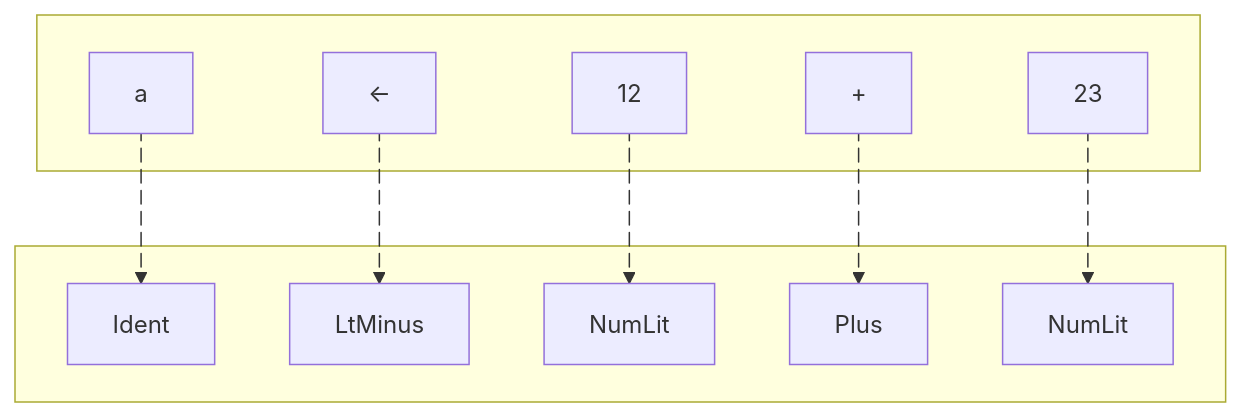
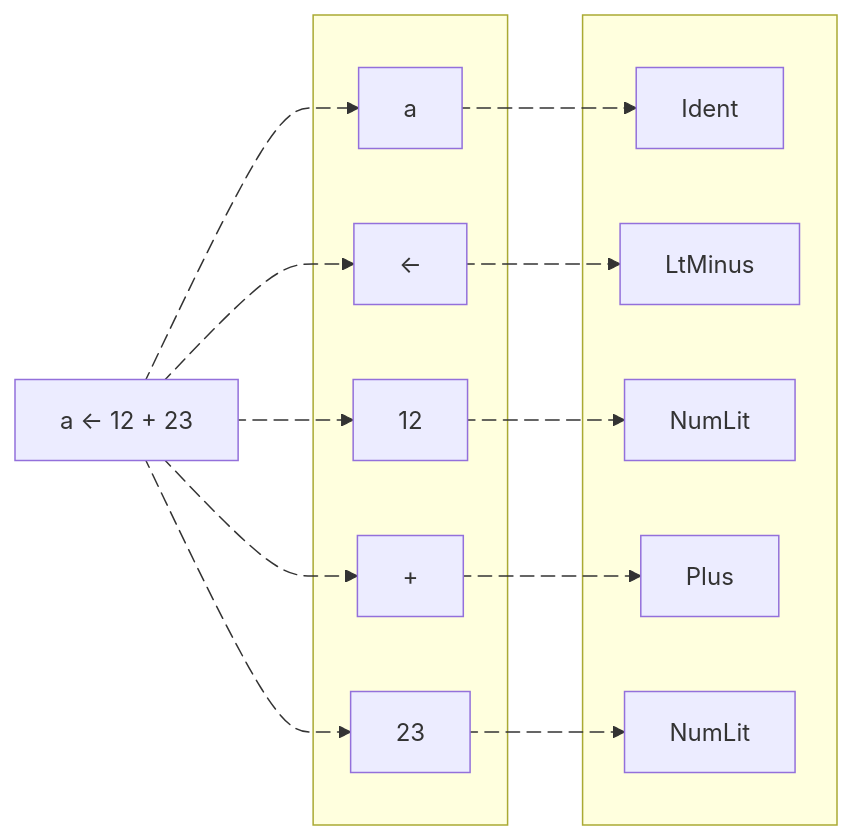
Before and after one commit to VimHax/Portfolio-V3: the second of 3 diagrams in app/routes/work/eelios/index.mdx, drawn with Mermaid. The commit also changed other lines of this file and 28 other files, not shown here.

````diff
--- a/app/routes/work/eelios/index.mdx
+++ b/app/routes/work/eelios/index.mdx
@@ -368,30 +367,44 @@
 ```mermaid
-flowchart TD
+flowchart LR
+
+  input[a <- 12 + 23]
+
   subgraph characters[" "]
   s1[a]
   s2[<-]
   s3[12]
   s4[+]
   s5[23]
   end
 
   subgraph tokens[" "]
   t1[Ident]
   t2[LtMinus]
   t3[NumLit]
   t4[Plus]
   t5[NumLit]
   end
   
-  s1 e1@--> t1
-  s2 e2@--> t2
-  s3 e3@--> t3
-  s4 e4@--> t4
-  s5 e5@--> t5
+  input e1@--> s1
+  input e2@--> s2
+  input e3@--> s3
+  input e4@--> s4
+  input e5@--> s5
+
+  s1 e6@--> t1
+  s2 e7@--> t2
+  s3 e8@--> t3
+  s4 e9@--> t4
+  s5 e10@--> t5
 
   e1@{ animate: true }
   e2@{ animate: true }
   e3@{ animate: true }
   e4@{ animate: true }
   e5@{ animate: true }
+  e6@{ animate: true }
+  e7@{ animate: true }
+  e8@{ animate: true }
+  e9@{ animate: true }
+  e10@{ animate: true }
 ```
````
